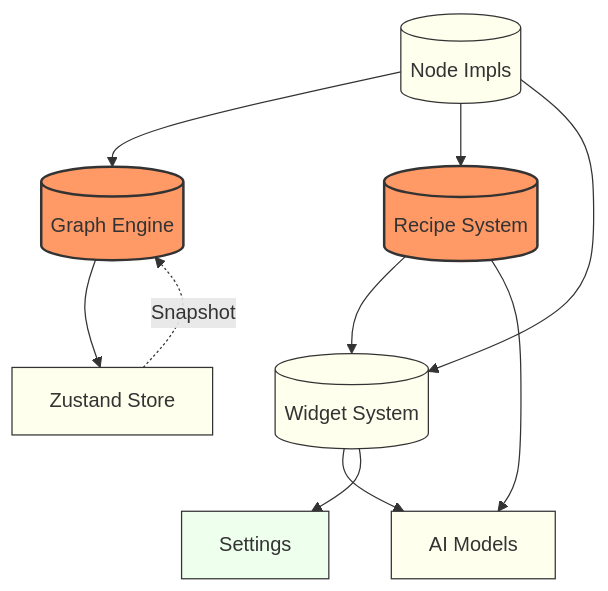
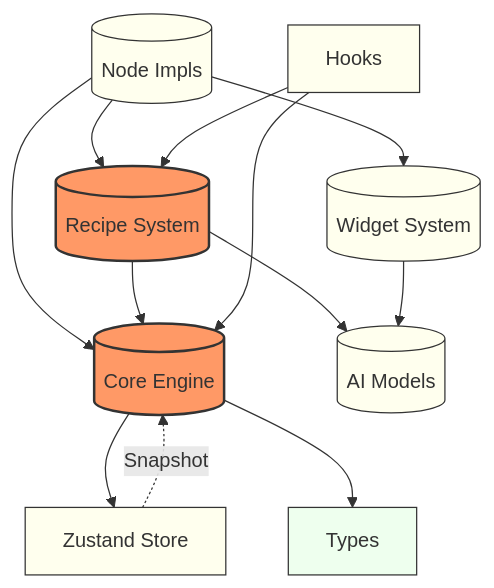
Before and after one commit to l1veIn/Synnia: the third of 4 diagrams in docs/complexity_diagrams.md, drawn with Mermaid. The commit also changed other lines of this file and 18 other files, not shown here.

First line of the commit message:
docs: update architecture diagrams for new structure

````diff
--- a/docs/complexity_diagrams.md
+++ b/docs/complexity_diagrams.md
@@ -62,28 +76,33 @@
 ```mermaid
 graph TD
     classDef high fill:#f96,stroke:#333,stroke-width:2px;
     classDef med fill:#ffe,stroke:#333,stroke-width:1px;
     classDef low fill:#efe,stroke:#333,stroke-width:1px;
 
-    Engine[("Graph Engine")]:::high
+    Core[("Core Engine")]:::high
     RecipeSys[("Recipe System")]:::high
+    Models[("AI Models")]:::med
     Widgets[("Widget System")]:::med
     Nodes[("Node Impls")]:::med
     Store["Zustand Store"]:::med
-    Settings["Settings"]:::low
-    Models["AI Models"]:::med
+    Types["Types"]:::low
+    Hooks["Hooks"]:::med
     
     %% Dependencies
-    Nodes --> Engine
+    Nodes --> Core
     Nodes --> RecipeSys
     Nodes --> Widgets
     
-    RecipeSys --> Widgets
     RecipeSys --> Models
+    RecipeSys --> Core
     
     Widgets --> Models
-    Widgets --> Settings
     
-    Engine --> Store
-    Store -.->|Snapshot| Engine
+    Core --> Store
+    Core --> Types
+    
+    Hooks --> Core
+    Hooks --> RecipeSys
+    
+    Store -.->|Snapshot| Core
 ```
````
